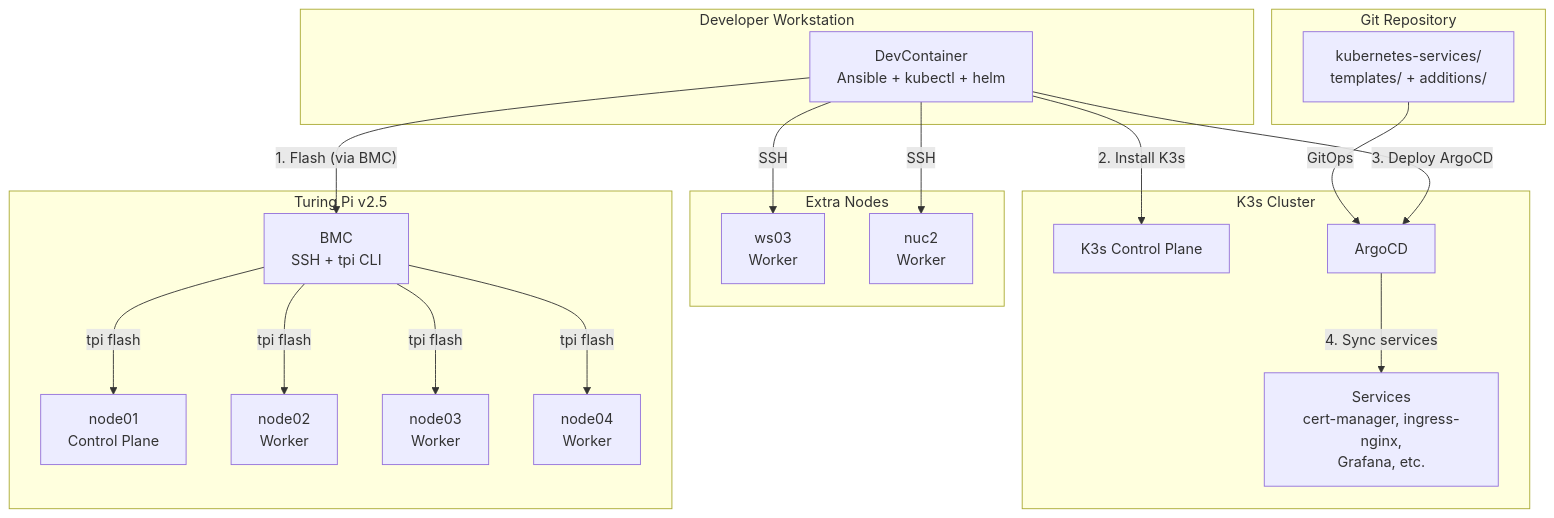
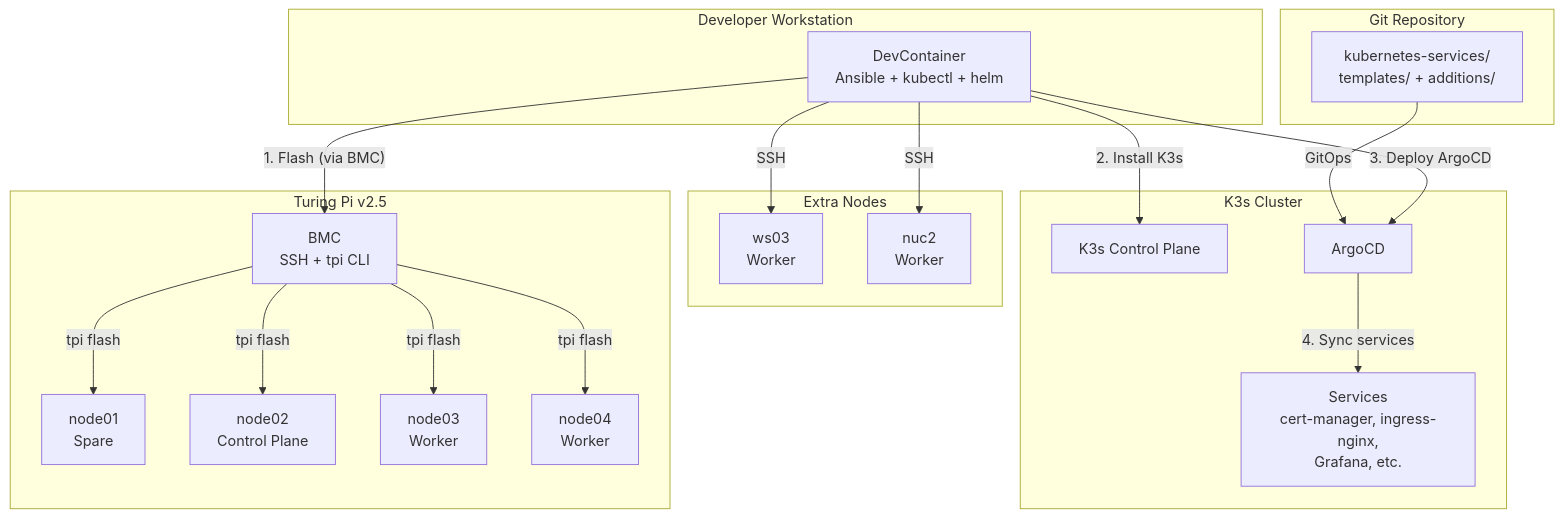
Before and after one commit to gilesknap/tpi-k3s-ansible: the first of 3 diagrams in docs/explanations/architecture.md, drawn with Mermaid. The commit also changed 9 other files, not shown here.

First line of the commit message:
Make node02 the control plane, and record the move in the docs

````diff
--- a/docs/explanations/architecture.md
+++ b/docs/explanations/architecture.md
@@ -11,37 +11,37 @@
 ```mermaid
 flowchart TB
     subgraph Workstation["Developer Workstation"]
         DC[DevContainer<br/>Ansible + kubectl + helm]
     end
 
     subgraph TuringPi["Turing Pi v2.5"]
         BMC[BMC<br/>SSH + tpi CLI]
-        N1[node01<br/>Control Plane]
-        N2[node02<br/>Worker]
+        N1[node01<br/>Spare]
+        N2[node02<br/>Control Plane]
         N3[node03<br/>Worker]
         N4[node04<br/>Worker]
     end
 
     subgraph Extra["Extra Nodes"]
         E1[ws03<br/>Worker]
         E2[nuc2<br/>Worker]
     end
 
     subgraph Cluster["K3s Cluster"]
         K3S[K3s Control Plane]
         ARGO[ArgoCD]
         SVC[Services<br/>cert-manager, ingress-nginx,<br/>Grafana, etc.]
     end
 
     subgraph Git["Git Repository"]
         REPO["kubernetes-services/<br/>templates/ + additions/"]
     end
 
     DC -->|"1. Flash (via BMC)"| BMC
     BMC -->|"tpi flash"| N1 & N2 & N3 & N4
     DC -->|"2. Install K3s"| K3S
     DC -->|"3. Deploy ArgoCD"| ARGO
     ARGO -->|"4. Sync services"| SVC
     REPO -->|"GitOps"| ARGO
     DC -->|"SSH"| E1 & E2
 ```
````
